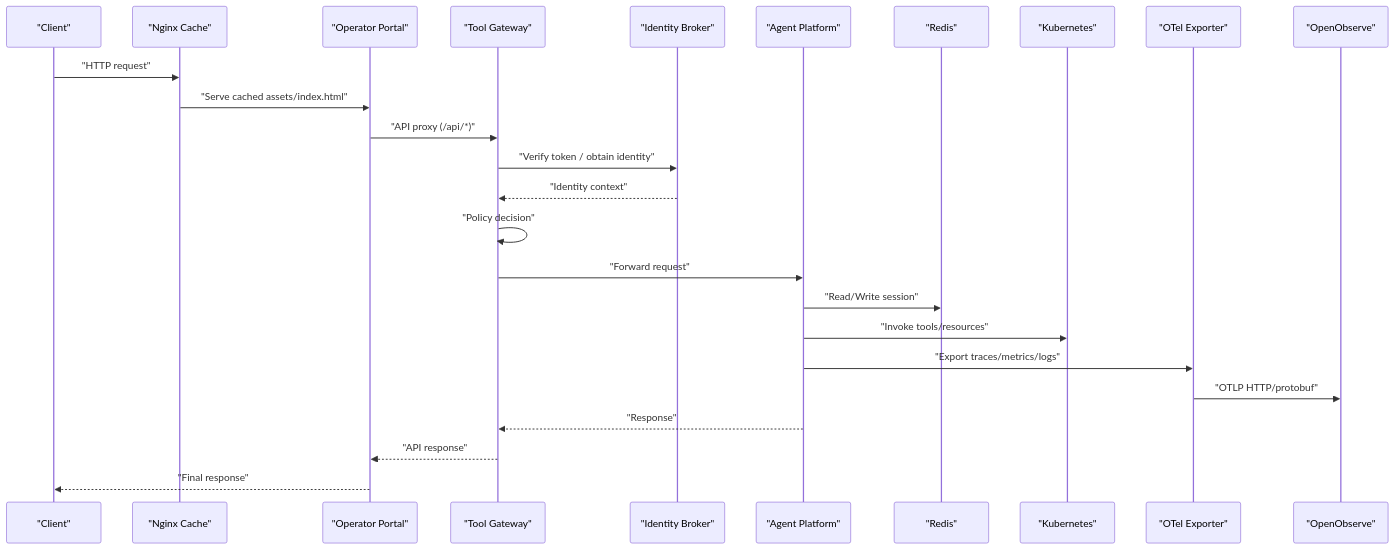
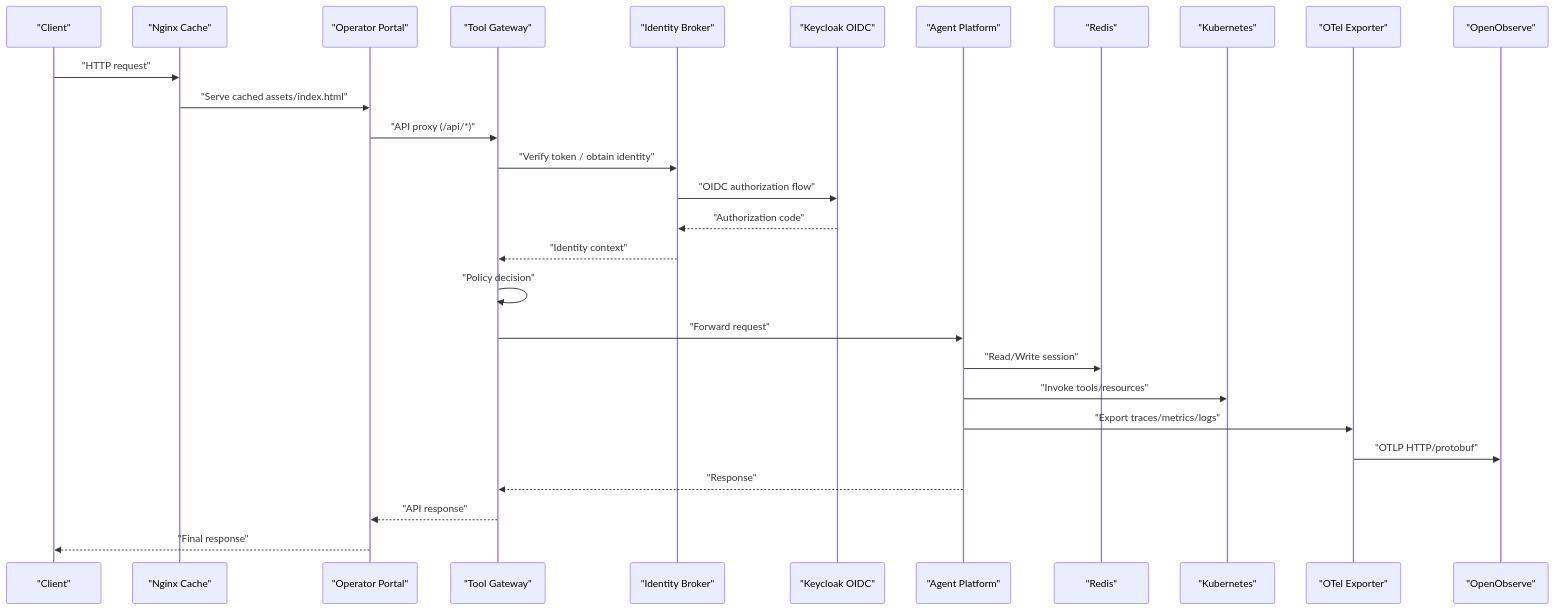
One commit to metasync/luban-aiops changed the second of 3 diagrams in .qoder/repowiki/en/content/Troubleshooting and FAQ.md. Above: the diagram before and after it, drawn with Mermaid. The commit also changed other lines of this file and 77 other files, not shown here.

````diff
--- a/.qoder/repowiki/en/content/Troubleshooting and FAQ.md
+++ b/.qoder/repowiki/en/content/Troubleshooting and FAQ.md
@@ -147,27 +150,30 @@
 ```mermaid
 sequenceDiagram
 participant Client as "Client"
 participant Nginx as "Nginx Cache"
 participant Portal as "Operator Portal"
 participant Gateway as "Tool Gateway"
 participant Auth as "Identity Broker"
+participant Keycloak as "Keycloak OIDC"
 participant Agent as "Agent Platform"
 participant Store as "Redis"
 participant K8S as "Kubernetes"
 participant Otel as "OTel Exporter"
 participant Observe as "OpenObserve"
 Client->>Nginx : "HTTP request"
 Nginx->>Portal : "Serve cached assets/index.html"
 Portal->>Gateway : "API proxy (/api/*)"
 Gateway->>Auth : "Verify token / obtain identity"
+Auth->>Keycloak : "OIDC authorization flow"
+Keycloak-->>Auth : "Authorization code"
 Auth-->>Gateway : "Identity context"
 Gateway->>Gateway : "Policy decision"
 Gateway->>Agent : "Forward request"
 Agent->>Store : "Read/Write session"
 Agent->>K8S : "Invoke tools/resources"
 Agent->>Otel : "Export traces/metrics/logs"
 Otel->>Observe : "OTLP HTTP/protobuf"
 Agent-->>Gateway : "Response"
 Gateway-->>Portal : "API response"
 Portal-->>Client : "Final response"
 ```
````
